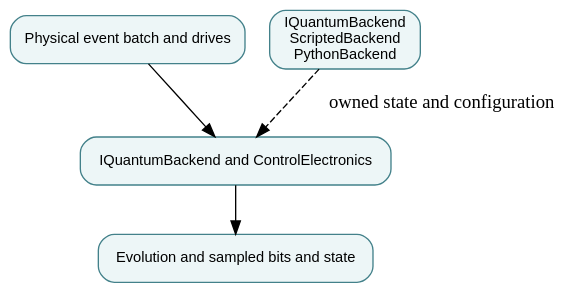
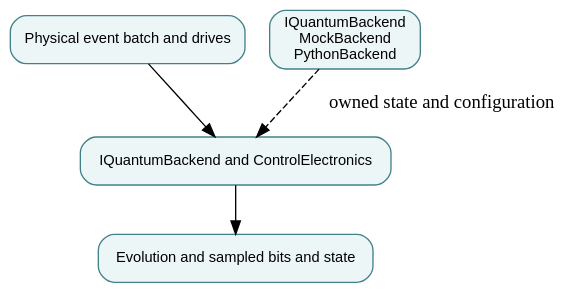
The diagram in docs/modules/quantum-device-model.md (qsbit-org/qsbit-sim), drawn with Graphviz before and after one commit. The commit also changed other lines of this file and 26 other files, not shown here.

Commit message:
refactor: rename measurement test backend to mock

````diff
--- a/docs/modules/quantum-device-model.md
+++ b/docs/modules/quantum-device-model.md
@@ -14,11 +14,11 @@
 ```{graphviz}
 digraph module {
   rankdir=TB; bgcolor="transparent";
   node [shape=box, style="rounded,filled", fillcolor="#edf6f7", color="#43818a", fontname="sans-serif", fontsize=11];
   input [label="Physical event batch and drives"];
   owner [label="IQuantumBackend and ControlElectronics"];
-  state [label="IQuantumBackend\nScriptedBackend\nPythonBackend"];
+  state [label="IQuantumBackend\nMockBackend\nPythonBackend"];
   output [label="Evolution and sampled bits and state"];
   input -> owner; owner -> output; state -> owner [style=dashed, label="owned state and configuration"];
 }
 ```
````
